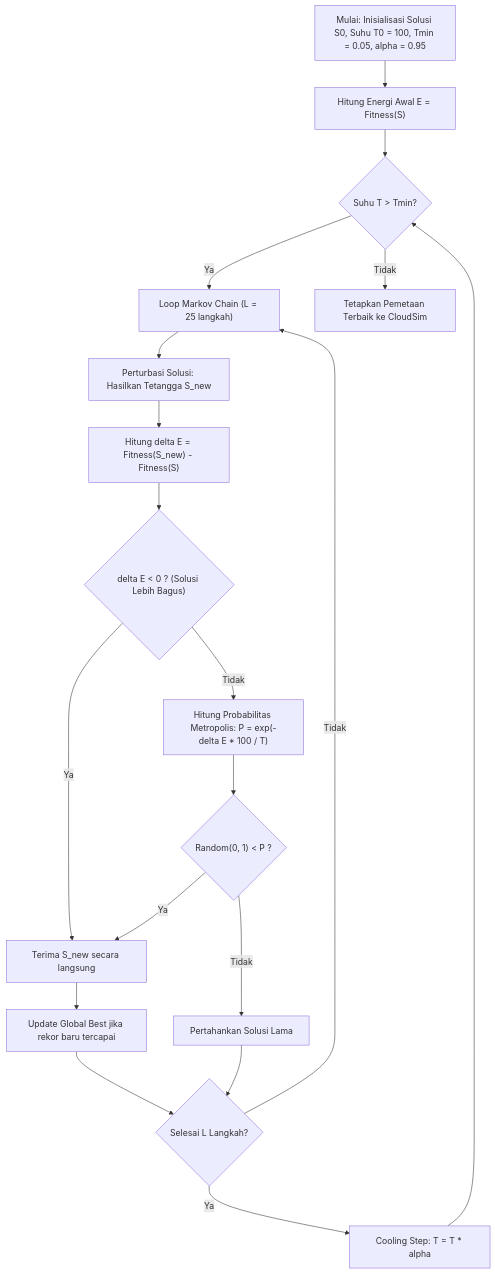
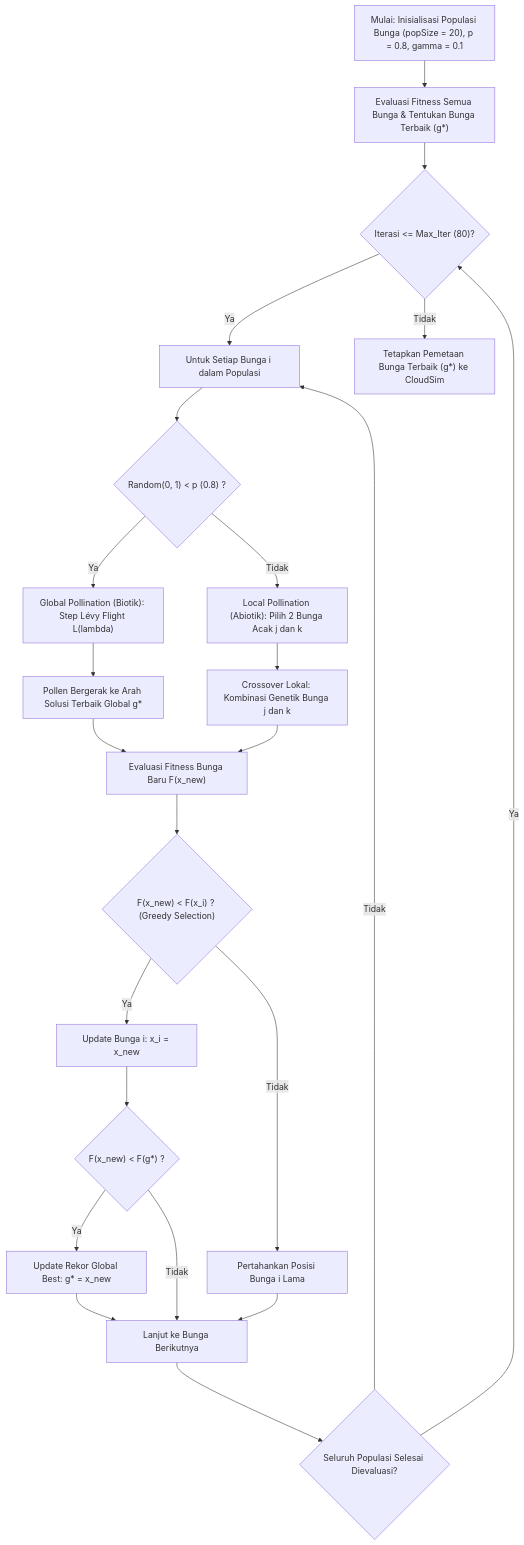
Before and after one commit to maritzaadeliaa/SOKA-metaheurictic: the second of 2 diagrams in README.md, drawn with Mermaid. The commit also changed other lines of this file and 16 other files, not shown here.

````diff
--- a/README.md
+++ b/README.md
@@ -125,21 +125,25 @@
 ```mermaid
 flowchart TD
-    A["Mulai: Inisialisasi Solusi S0, Suhu T0 = 100, Tmin = 0.05, alpha = 0.95"] --> B["Hitung Energi Awal E = Fitness(S)"]
-    B --> C{"Suhu T > Tmin?"}
-    C -- Ya --> D["Loop Markov Chain (L = 25 langkah)"]
-    D --> E["Perturbasi Solusi: Hasilkan Tetangga S_new"]
-    E --> F["Hitung delta E = Fitness(S_new) - Fitness(S)"]
-    F --> G{"delta E < 0 ? (Solusi Lebih Bagus)"}
-    G -- Ya --> H["Terima S_new secara langsung"]
-    G -- Tidak --> I["Hitung Probabilitas Metropolis: P = exp(-delta E * 100 / T)"]
-    I --> J{"Random(0, 1) < P ?"}
-    J -- Ya --> H
-    J -- Tidak --> K["Pertahankan Solusi Lama"]
-    H --> L["Update Global Best jika rekor baru tercapai"]
-    K --> M{"Selesai L Langkah?"}
-    L --> M
-    M -- Tidak --> D
-    M -- Ya --> N["Cooling Step: T = T * alpha"]
-    N --> C
-    C -- Tidak --> O["Tetapkan Pemetaan Terbaik ke CloudSim"]
+    A["Mulai: Inisialisasi Populasi Bunga (popSize = 20), p = 0.8, gamma = 0.1"] --> B["Evaluasi Fitness Semua Bunga & Tentukan Bunga Terbaik (g*)"]
+    B --> C{"Iterasi <= Max_Iter (80)?"}
+    C -- Ya --> D["Untuk Setiap Bunga i dalam Populasi"]
+    D --> E{"Random(0, 1) < p (0.8) ?"}
+    E -- Ya --> F["Global Pollination (Biotik): Step Lévy Flight L(lambda)"]
+    F --> G["Pollen Bergerak ke Arah Solusi Terbaik Global g*"]
+    E -- Tidak --> H["Local Pollination (Abiotik): Pilih 2 Bunga Acak j dan k"]
+    H --> I["Crossover Lokal: Kombinasi Genetik Bunga j dan k"]
+    G --> J["Evaluasi Fitness Bunga Baru F(x_new)"]
+    I --> J
+    J --> K{"F(x_new) < F(x_i) ? (Greedy Selection)"}
+    K -- Ya --> L["Update Bunga i: x_i = x_new"]
+    K -- Tidak --> M["Pertahankan Posisi Bunga i Lama"]
+    L --> N{"F(x_new) < F(g*) ?"}
+    N -- Ya --> O["Update Rekor Global Best: g* = x_new"]
+    N -- Tidak --> P["Lanjut ke Bunga Berikutnya"]
+    M --> P
+    O --> P
+    P --> Q{"Seluruh Populasi Selesai Dievaluasi?"}
+    Q -- Tidak --> D
+    Q -- Ya --> C
+    C -- Tidak --> R["Tetapkan Pemetaan Bunga Terbaik (g*) ke CloudSim"]
 ```
````
